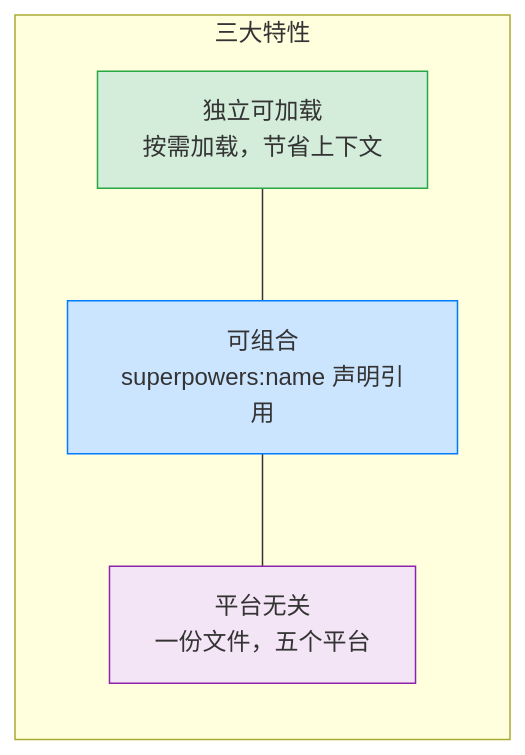
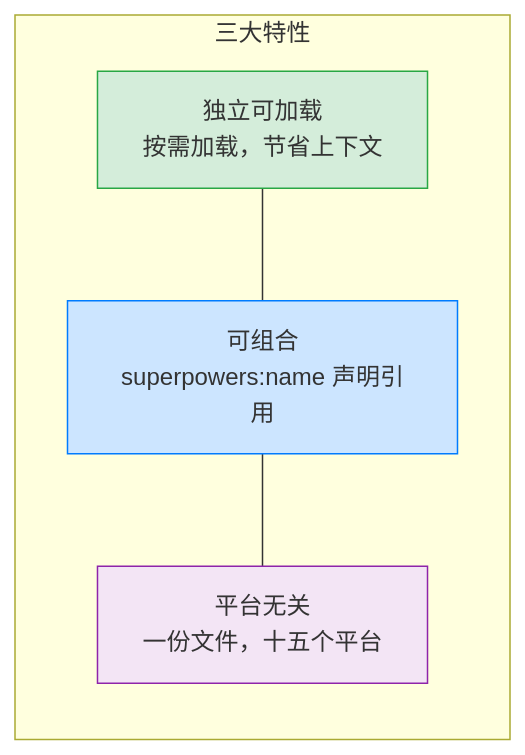
One commit to yongnianliu/superpowers changed the second of 3 diagrams in docs/zh/04-skills-system.md. Above: the diagram before and after it, drawn with Mermaid. The commit also changed other lines of this file and 12 other files, not shown here.

````diff
--- a/docs/zh/04-skills-system.md
+++ b/docs/zh/04-skills-system.md
@@ -88,13 +103,13 @@
 ```mermaid
 graph LR
     subgraph 三大特性
         A["独立可加载<br/>按需加载，节省上下文"]
         B["可组合<br/>superpowers:name 声明引用"]
-        C["平台无关<br/>一份文件，五个平台"]
+        C["平台无关<br/>一份文件，十五个平台"]
     end
     A --- B --- C
 
     style A fill:#d4edda,stroke:#28a745
     style B fill:#cce5ff,stroke:#007bff
     style C fill:#f3e5f5,stroke:#8e24aa
 ```
````
